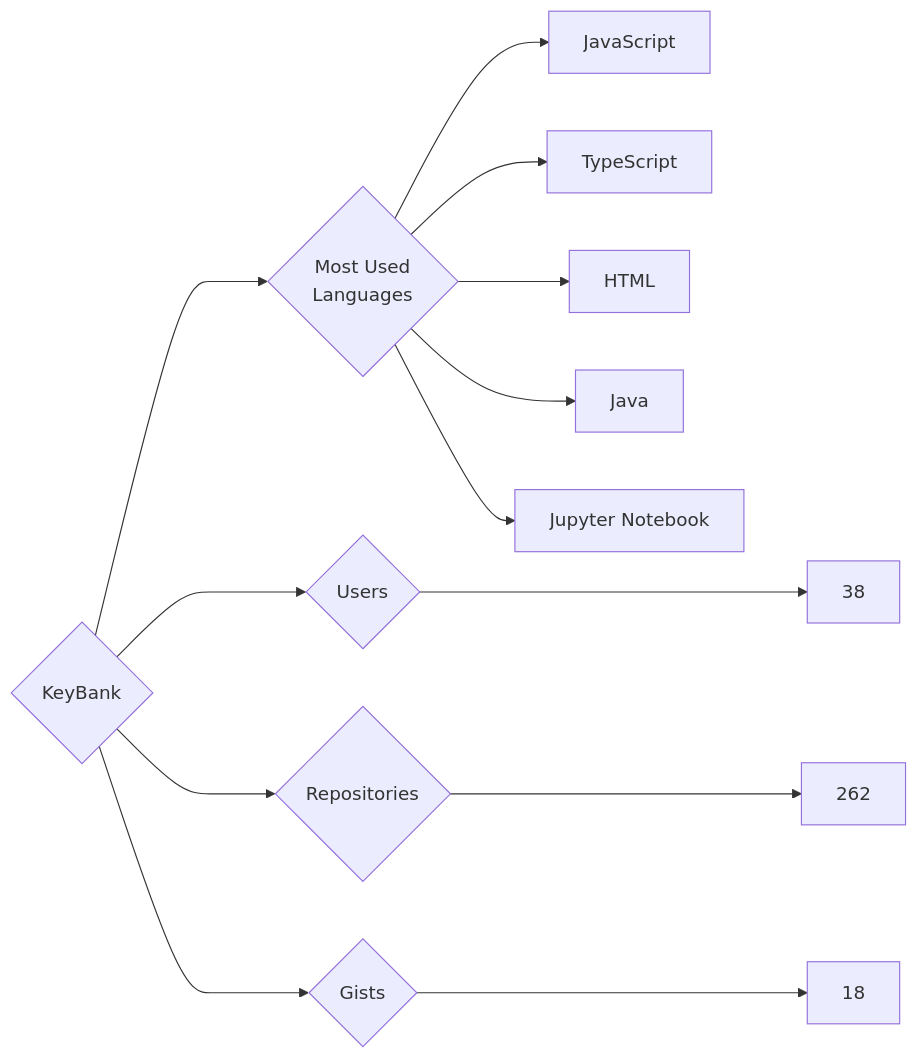
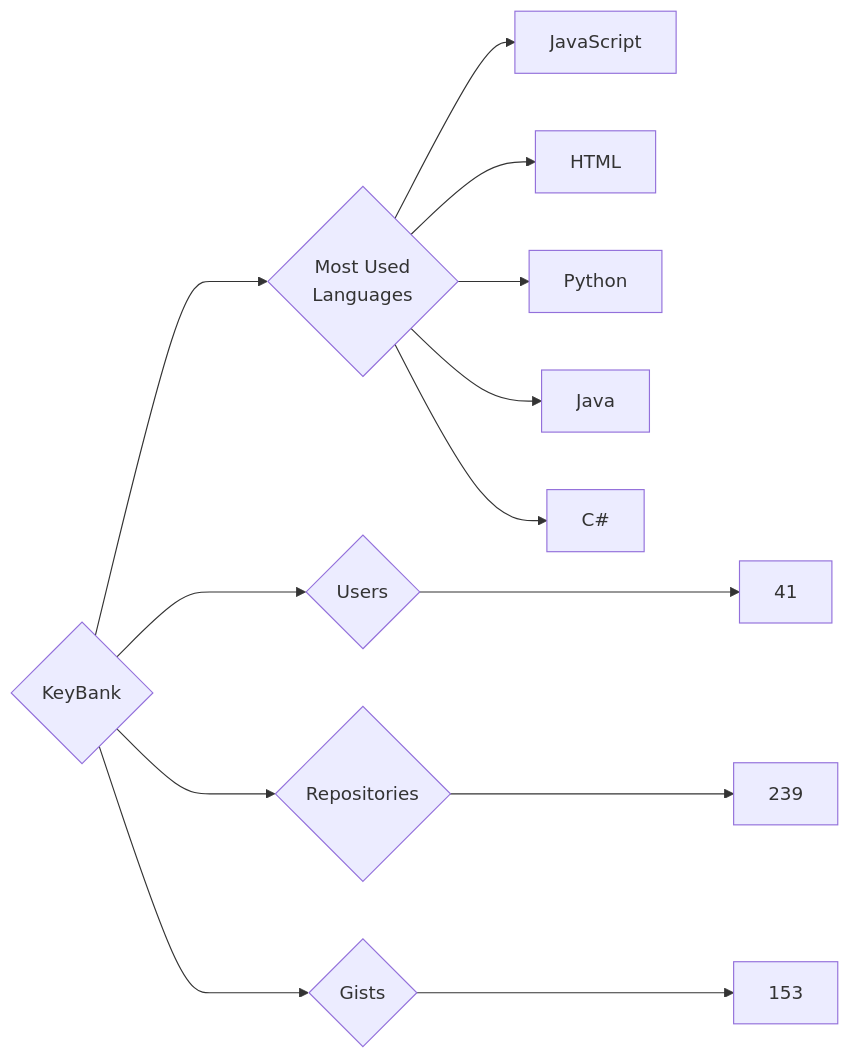
Before and after one commit to trickest/insiders: the diagram in targets/KeyBank/README.md, drawn with Mermaid. The commit also changed 752 other files, not shown here.

````diff
--- a/targets/KeyBank/README.md
+++ b/targets/KeyBank/README.md
@@ -3,13 +3,13 @@
 ```mermaid
 graph LR
 COMPANY_NAME{KeyBank}
-COMPANY_NAME ---> U{Users} ---> UN[38]
-COMPANY_NAME ---> R{Repositories} ---> RN[262]
-COMPANY_NAME ---> G{Gists} ---> GN[18]
+COMPANY_NAME ---> U{Users} ---> UN[41]
+COMPANY_NAME ---> R{Repositories} ---> RN[239]
+COMPANY_NAME ---> G{Gists} ---> GN[153]
 COMPANY_NAME ---> ML{Most Used<br>Languages}
 ML --> JavaScript[JavaScript]
-ML --> TypeScript[TypeScript]
 ML --> HTML[HTML]
+ML --> Python[Python]
 ML --> Java[Java]
-ML --> Jupyter_Notebook[Jupyter Notebook]
+ML --> C#[C#]
 ```
````
